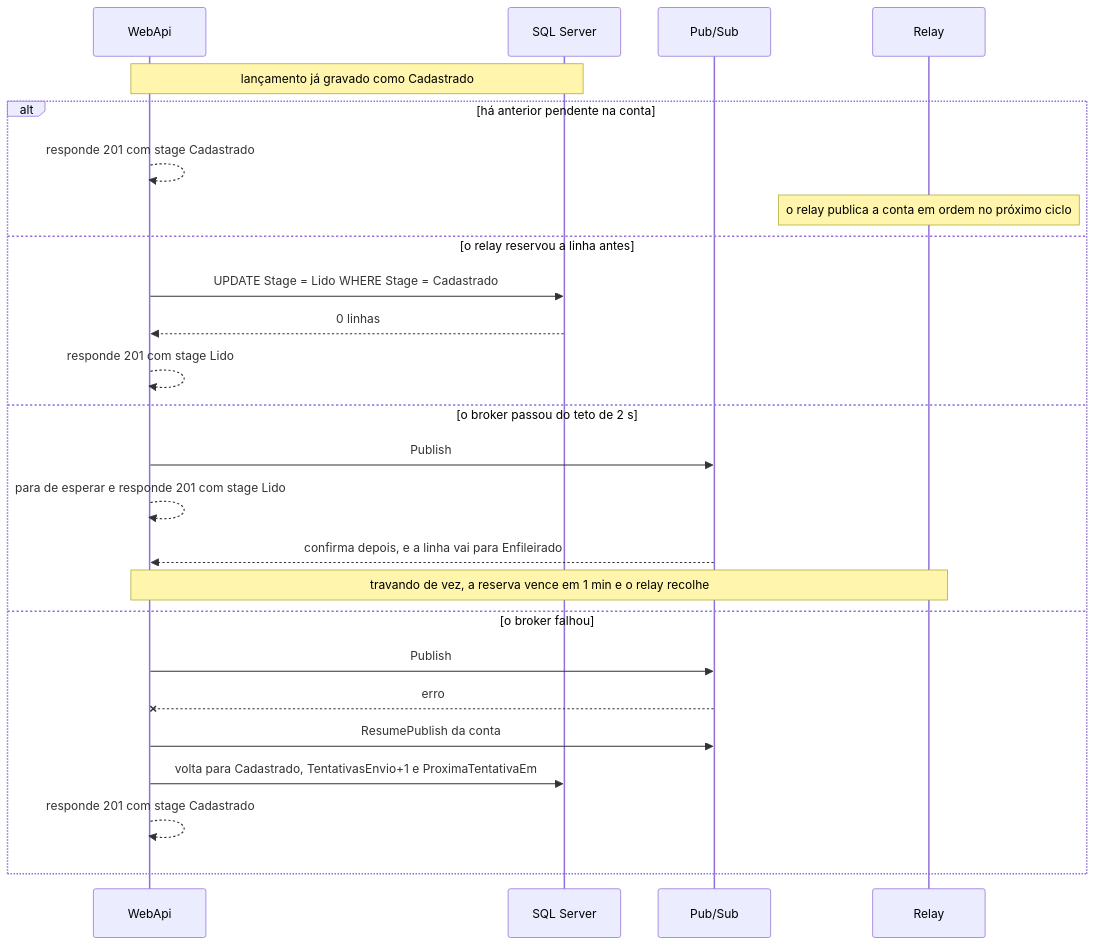
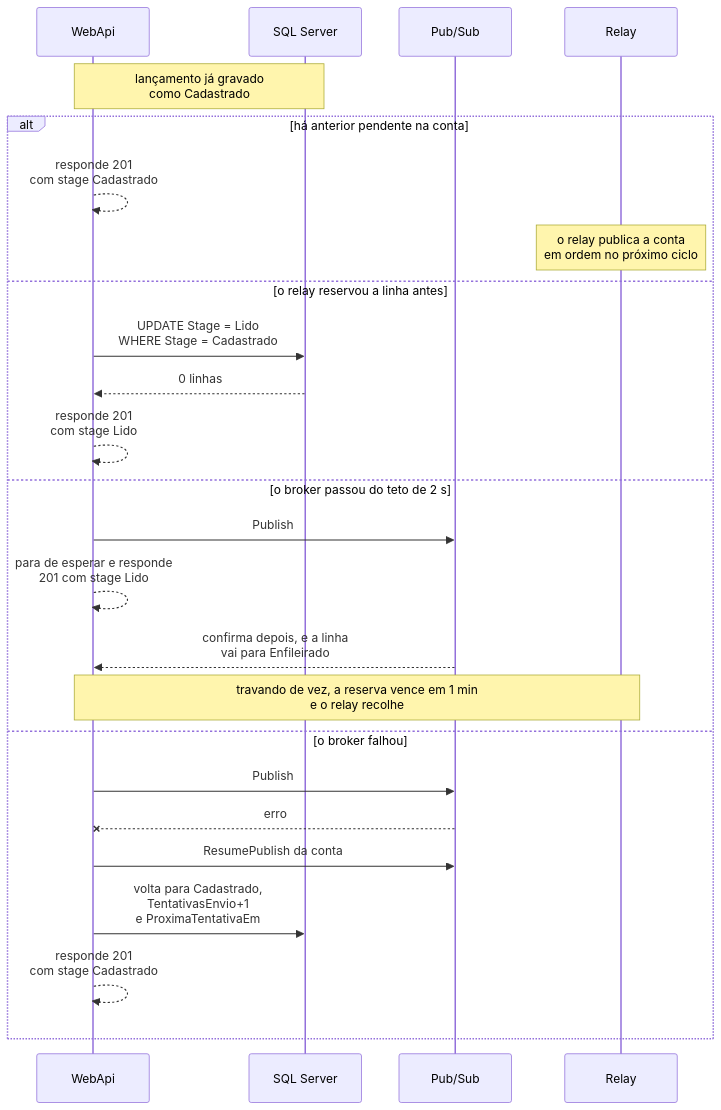
One commit to michellerodrigues/lancamentos-diarios-poc changed diagram 17 of 23 in docs/arquitetura/software/02-c4-componentes-e-codigo.md. Above: the diagram before and after it, drawn with Mermaid. The commit also changed other lines of this file and 45 other files, not shown here.

````diff
--- a/docs/arquitetura/software/02-c4-componentes-e-codigo.md
+++ b/docs/arquitetura/software/02-c4-componentes-e-codigo.md
@@ -714,27 +846,27 @@
 ```mermaid
 sequenceDiagram
     participant W as WebApi
     participant DB as SQL Server
     participant PS as Pub/Sub
     participant R as Relay
-    Note over W,DB: lançamento já gravado como Cadastrado
+    Note over W,DB: lançamento já gravado<br/>como Cadastrado
     alt há anterior pendente na conta
-        W-->>W: responde 201 com stage Cadastrado
-        Note over R: o relay publica a conta em ordem no próximo ciclo
+        W-->>W: responde 201<br/>com stage Cadastrado
+        Note over R: o relay publica a conta<br/>em ordem no próximo ciclo
     else o relay reservou a linha antes
-        W->>DB: UPDATE Stage = Lido WHERE Stage = Cadastrado
+        W->>DB: UPDATE Stage = Lido<br/>WHERE Stage = Cadastrado
         DB-->>W: 0 linhas
-        W-->>W: responde 201 com stage Lido
+        W-->>W: responde 201<br/>com stage Lido
     else o broker passou do teto de 2 s
         W->>PS: Publish
-        W-->>W: para de esperar e responde 201 com stage Lido
-        PS-->>W: confirma depois, e a linha vai para Enfileirado
-        Note over W,R: travando de vez, a reserva vence em 1 min e o relay recolhe
+        W-->>W: para de esperar e responde<br/>201 com stage Lido
+        PS-->>W: confirma depois, e a linha<br/>vai para Enfileirado
+        Note over W,R: travando de vez, a reserva vence em 1 min<br/>e o relay recolhe
     else o broker falhou
         W->>PS: Publish
         PS--xW: erro
         W->>PS: ResumePublish da conta
-        W->>DB: volta para Cadastrado, TentativasEnvio+1 e ProximaTentativaEm
-        W-->>W: responde 201 com stage Cadastrado
+        W->>DB: volta para Cadastrado,<br/>TentativasEnvio+1<br/>e ProximaTentativaEm
+        W-->>W: responde 201<br/>com stage Cadastrado
     end
 ```
````
